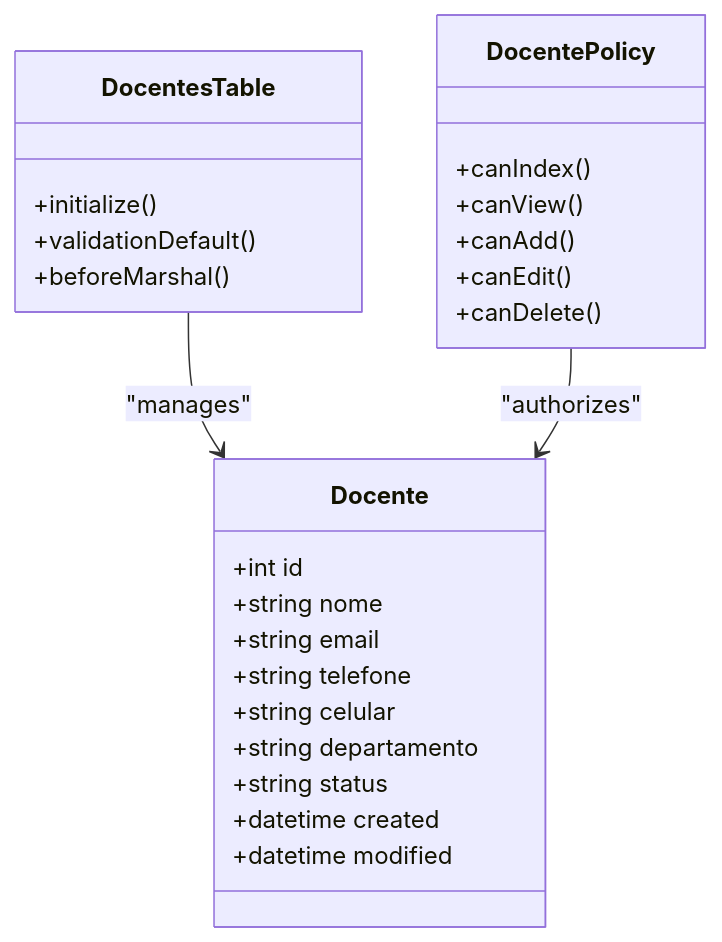
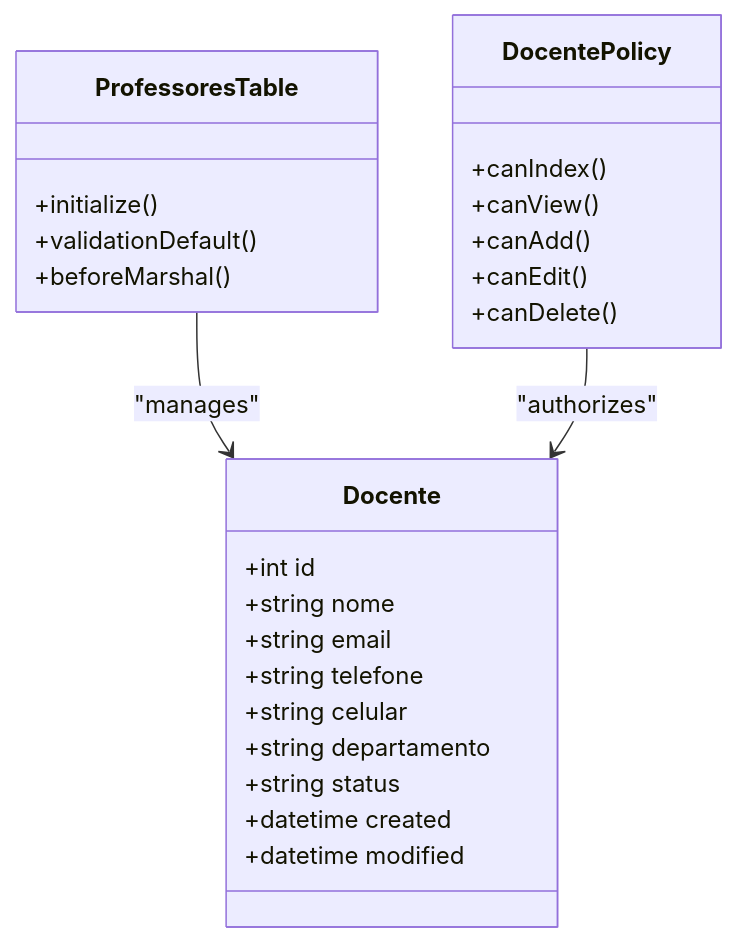
The third of 9 diagrams in .qoder/repowiki/en/content/Project Overview/Core Features Overview/Faculty Management/Faculty Management.md (luiseduacosta/planejamento5), drawn with Mermaid before and after one commit. The commit also changed other lines of this file and 37 other files, not shown here.

Commit message:
repowiki: rename Docentes → Professores in metadata

````diff
--- a/.qoder/repowiki/en/content/Project Overview/Core Features Overview/Faculty Management/Faculty Management.md
+++ b/.qoder/repowiki/en/content/Project Overview/Core Features Overview/Faculty Management/Faculty Management.md
@@ -203,28 +203,28 @@
 ```mermaid
 classDiagram
 class Docente {
 +int id
 +string nome
 +string email
 +string telefone
 +string celular
 +string departamento
 +string status
 +datetime created
 +datetime modified
 }
-class DocentesTable {
+class ProfessoresTable {
 +initialize()
 +validationDefault()
 +beforeMarshal()
 }
 class DocentePolicy {
 +canIndex()
 +canView()
 +canAdd()
 +canEdit()
 +canDelete()
 }
-DocentesTable --> Docente : "manages"
+ProfessoresTable --> Docente : "manages"
 DocentePolicy --> Docente : "authorizes"
 ```
````
